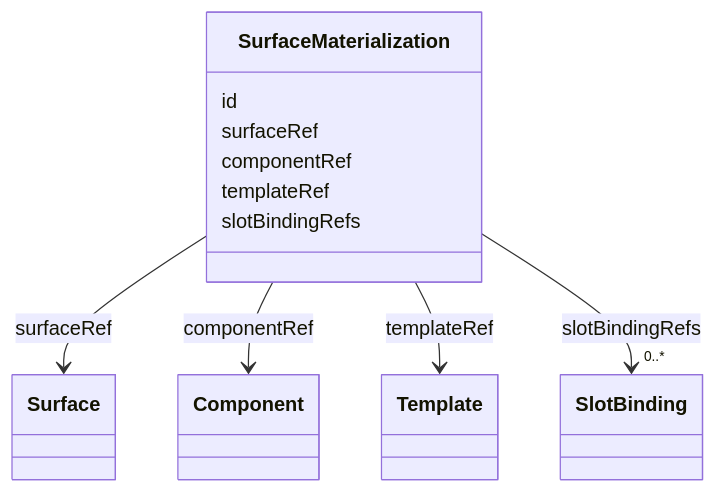
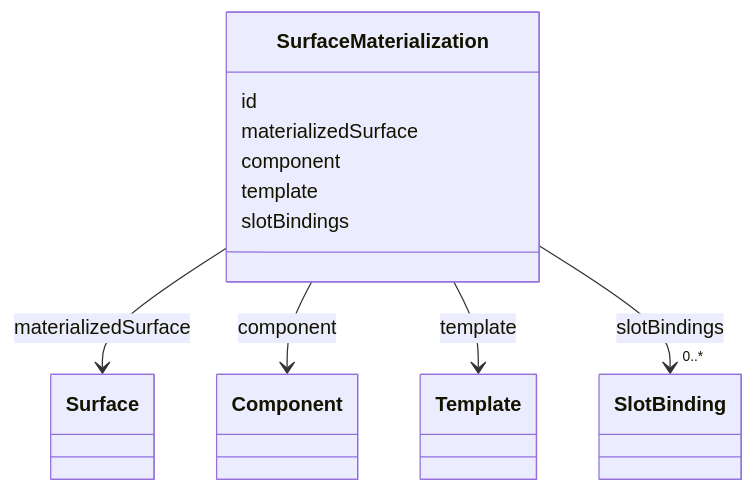
The first of 7 diagrams in specs/ed/modules/design-system/index.md (openuji/spec-ujg), drawn with Mermaid before and after one commit. The commit also changed other lines of this file and 370 other files, not shown here.

````diff
--- a/specs/ed/modules/design-system/index.md
+++ b/specs/ed/modules/design-system/index.md
@@ -51,18 +51,18 @@
 ```mermaid
 classDiagram
   class Surface
   class Component
   class Template
   class SlotBinding
   class SurfaceMaterialization {
     id
-    surfaceRef
-    componentRef
-    templateRef
-    slotBindingRefs
+    materializedSurface
+    component
+    template
+    slotBindings
   }
-  SurfaceMaterialization --> Surface : surfaceRef
-  SurfaceMaterialization --> Component : componentRef
-  SurfaceMaterialization --> Template : templateRef
-  SurfaceMaterialization --> "0..*" SlotBinding : slotBindingRefs
+  SurfaceMaterialization --> Surface : materializedSurface
+  SurfaceMaterialization --> Component : component
+  SurfaceMaterialization --> Template : template
+  SurfaceMaterialization --> "0..*" SlotBinding : slotBindings
 ```
````
